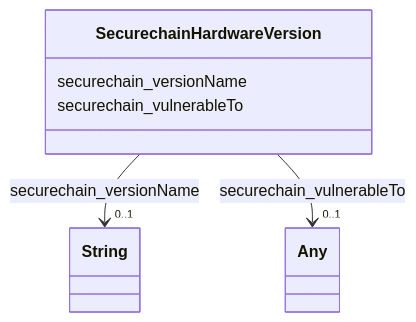
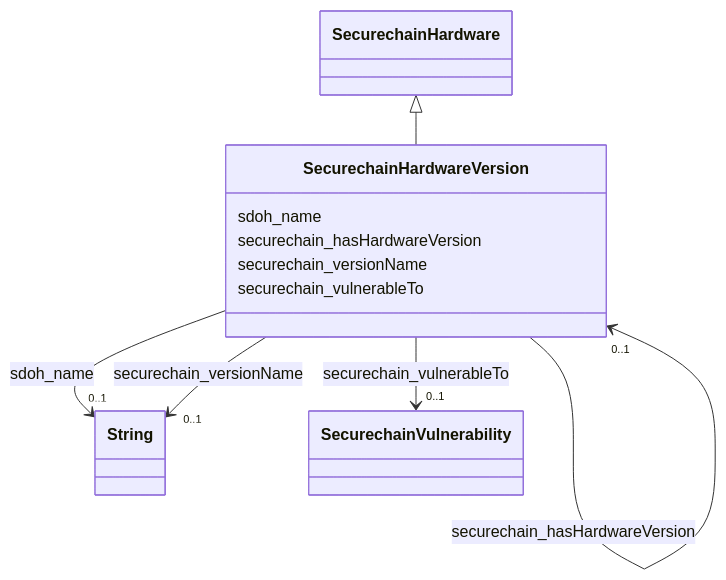
One commit to frink-okn/graph-descriptions changed the diagram in secure-chain-kg/classes/SecurechainHardwareVersion.md. Above: the diagram before and after it, drawn with Mermaid. The commit also changed other lines of this file and 6807 other files, not shown here.

````diff
--- a/secure-chain-kg/classes/SecurechainHardwareVersion.md
+++ b/secure-chain-kg/classes/SecurechainHardwareVersion.md
@@ -19,24 +19,45 @@
 ```mermaid
  classDiagram
     class SecurechainHardwareVersion
     click SecurechainHardwareVersion href "../SecurechainHardwareVersion"
+      SecurechainHardware <|-- SecurechainHardwareVersion
+        click SecurechainHardware href "../SecurechainHardware"
+      
+      SecurechainHardwareVersion : sdoh_name
+        
+          
+    
+    
+    SecurechainHardwareVersion --> "0..1" String : sdoh_name
+    click String href "../String"
+
+        
+      SecurechainHardwareVersion : securechain_hasHardwareVersion
+        
+          
+    
+    
+    SecurechainHardwareVersion --> "0..1" SecurechainHardwareVersion : securechain_hasHardwareVersion
+    click SecurechainHardwareVersion href "../SecurechainHardwareVersion"
+
+        
       SecurechainHardwareVersion : securechain_versionName
         
           
     
     
     SecurechainHardwareVersion --> "0..1" String : securechain_versionName
     click String href "../String"
 
         
       SecurechainHardwareVersion : securechain_vulnerableTo
         
           
     
     
-    SecurechainHardwareVersion --> "0..1" Any : securechain_vulnerableTo
-    click Any href "../Any"
+    SecurechainHardwareVersion --> "0..1" SecurechainVulnerability : securechain_vulnerableTo
+    click SecurechainVulnerability href "../SecurechainVulnerability"
 
         
       
 ```
````
